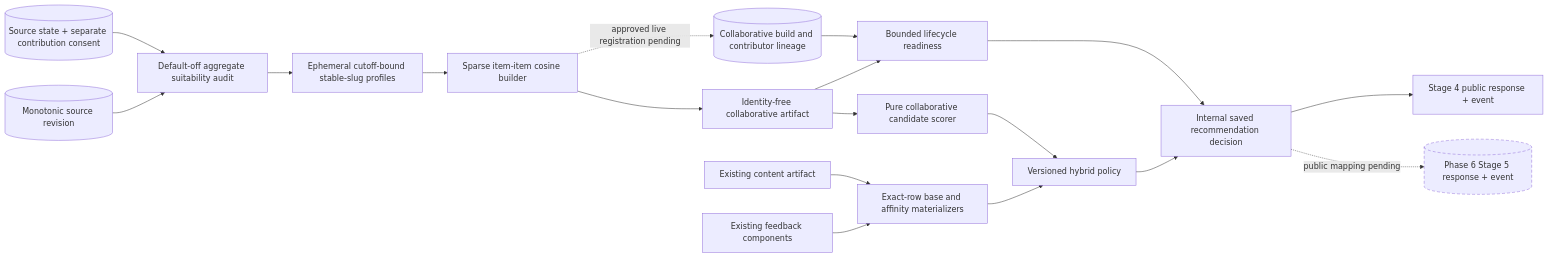
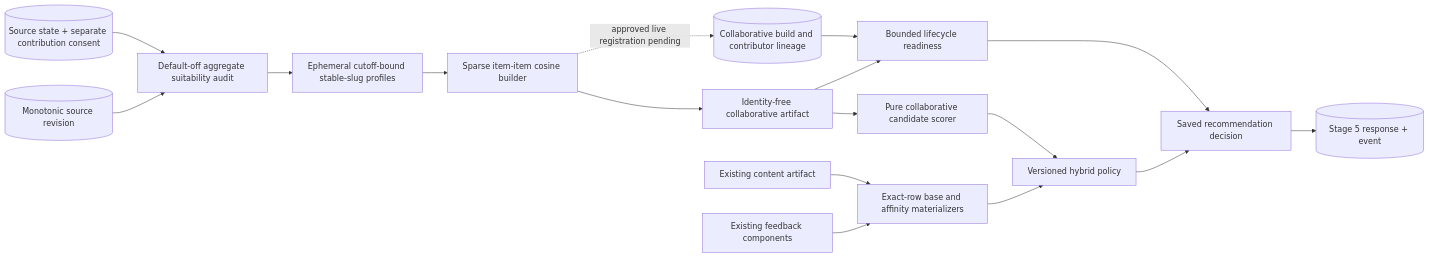
One commit to Khang206206/gamelens-ai changed the fourth of 4 diagrams in docs/architecture.md. Above: the diagram before and after it, drawn with Mermaid. The commit also changed other lines of this file and 11 other files, not shown here.

````diff
--- a/docs/architecture.md
+++ b/docs/architecture.md
@@ -145,39 +147,35 @@
 ```mermaid
 flowchart LR
     State[("Source state + separate contribution consent")]
     Revision[("Monotonic source revision")]
     Audit["Default-off aggregate suitability audit"]
     Snapshot["Ephemeral cutoff-bound stable-slug profiles"]
     Builder["Sparse item-item cosine builder"]
     CF["Identity-free collaborative artifact"]
     Scorer["Pure collaborative candidate scorer"]
     Lineage[("Collaborative build and contributor lineage")]
     Content["Existing content artifact"]
     Feedback["Existing feedback components"]
     Materializers["Exact-row base and affinity materializers"]
     Hybrid["Versioned hybrid policy"]
     Readiness["Bounded lifecycle readiness"]
-    API["Internal saved recommendation decision"]
-    Legacy["Stage 4 public response + event"]
-    Event[("Phase 6 Stage 5 response + event")]:::future
+    API["Saved recommendation decision"]
+    Event[("Stage 5 response + event")]
 
     State --> Audit
     Audit --> Snapshot
     Revision --> Audit
     Snapshot --> Builder
     Builder --> CF
     Builder -. "approved live registration pending" .-> Lineage
     CF --> Scorer
     Content --> Materializers
     Feedback --> Materializers
     Scorer --> Hybrid
     Materializers --> Hybrid
     Lineage --> Readiness
     CF --> Readiness
     Readiness --> API
     Hybrid --> API
-    API --> Legacy
-    API -. "public mapping pending" .-> Event
-
-    classDef future stroke-dasharray: 6 4
+    API --> Event
 ```
````
